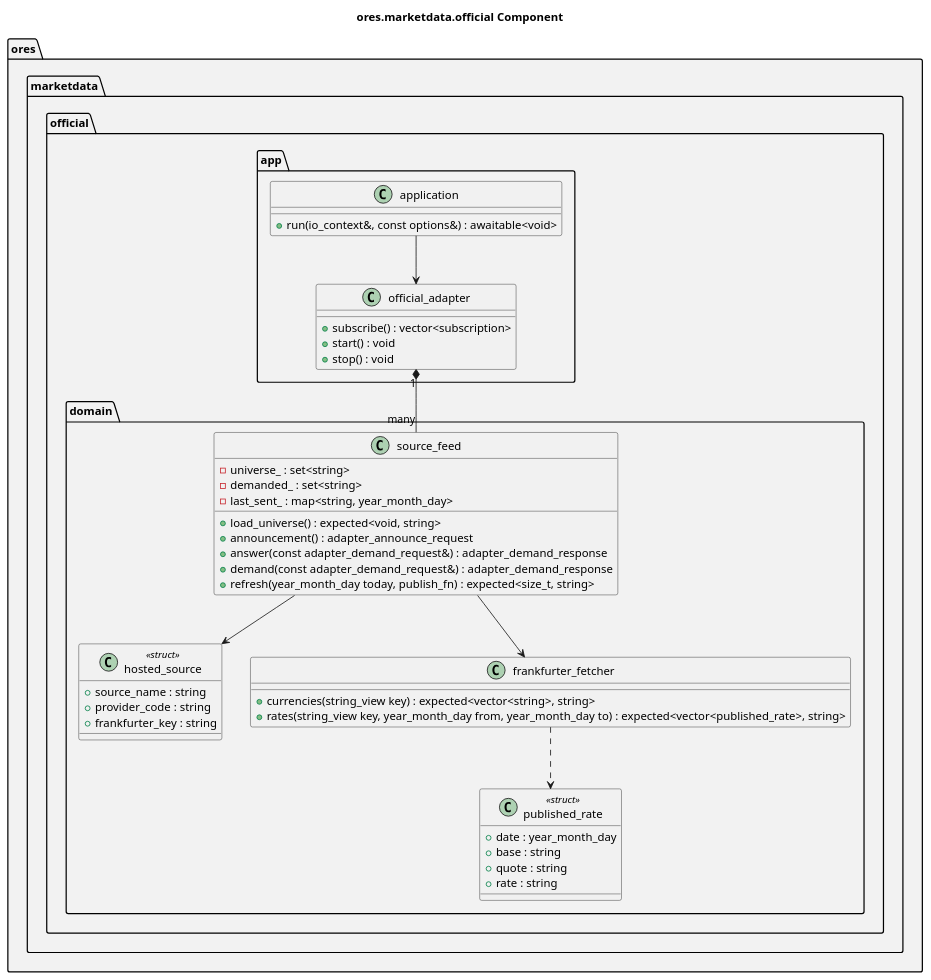
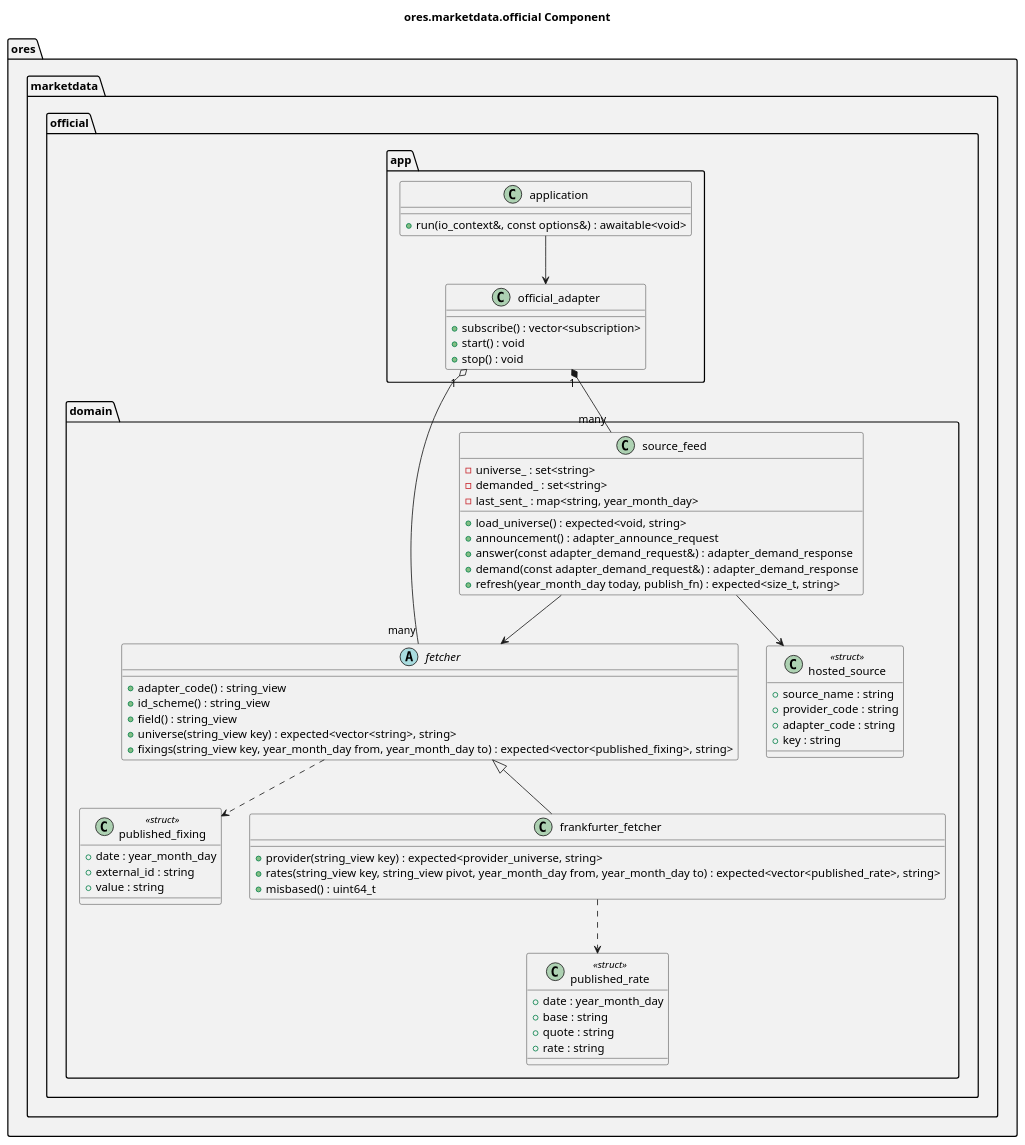
One commit to OreStudio/OreStudio changed the diagram in projects/ores.marketdata/official/modeling/ores.marketdata.official.puml. Above: the diagram before and after it, drawn with PlantUML. The commit also changed 26 other files, not shown here.

First line of the commit message:
[marketdata] Separate the official adapter's plumbing from its fetching

```diff
--- a/projects/ores.marketdata/official/modeling/ores.marketdata.official.puml
+++ b/projects/ores.marketdata/official/modeling/ores.marketdata.official.puml
@@ -18,64 +18,83 @@
 @startuml
 
 title ores.marketdata.official Component
 
 set namespaceSeparator ::
 
 namespace ores #F2F2F2 {
     namespace marketdata #F2F2F2 {
         namespace official #F2F2F2 {
             namespace domain #F2F2F2 {
+                class published_fixing <<struct>> {
+                    +date : year_month_day
+                    +external_id : string
+                    +value : string
+                }
+
+                class hosted_source <<struct>> {
+                    +source_name : string
+                    +provider_code : string
+                    +adapter_code : string
+                    +key : string
+                }
+
+                abstract class fetcher {
+                    +adapter_code() : string_view
+                    +id_scheme() : string_view
+                    +field() : string_view
+                    +universe(string_view key) : expected<vector<string>, string>
+                    +fixings(string_view key, year_month_day from, year_month_day to) : expected<vector<published_fixing>, string>
+                }
+
                 class published_rate <<struct>> {
                     +date : year_month_day
                     +base : string
                     +quote : string
                     +rate : string
                 }
 
-                class hosted_source <<struct>> {
-                    +source_name : string
-                    +provider_code : string
-                    +frankfurter_key : string
-                }
-
                 class frankfurter_fetcher {
-                    +currencies(string_view key) : expected<vector<string>, string>
-                    +rates(string_view key, year_month_day from, year_month_day to) : expected<vector<published_rate>, string>
+                    +provider(string_view key) : expected<provider_universe, string>
+                    +rates(string_view key, string_view pivot, year_month_day from, year_month_day to) : expected<vector<published_rate>, string>
+                    +misbased() : uint64_t
                 }
 
                 class source_feed {
                     -universe_ : set<string>
                     -demanded_ : set<string>
                     -last_sent_ : map<string, year_month_day>
                     +load_universe() : expected<void, string>
                     +announcement() : adapter_announce_request
                     +answer(const adapter_demand_request&) : adapter_demand_response
                     +demand(const adapter_demand_request&) : adapter_demand_response
                     +refresh(year_month_day today, publish_fn) : expected<size_t, string>
                 }
 
+                fetcher <|-- frankfurter_fetcher
                 source_feed --> hosted_source
-                source_feed --> frankfurter_fetcher
+                source_feed --> fetcher
+                fetcher ..> published_fixing
                 frankfurter_fetcher ..> published_rate
             }
 
             namespace app #F2F2F2 {
                 class official_adapter {
                     +subscribe() : vector<subscription>
                     +start() : void
                     +stop() : void
                 }
 
                 class application {
                     +run(io_context&, const options&) : awaitable<void>
                 }
 
                 application --> official_adapter
                 official_adapter "1" *-- "many" ores::marketdata::official::domain::source_feed
+                official_adapter "1" o-- "many" ores::marketdata::official::domain::fetcher
             }
         }
     }
 }
 
 
 @enduml
```
